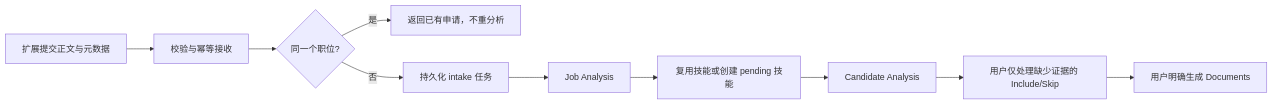
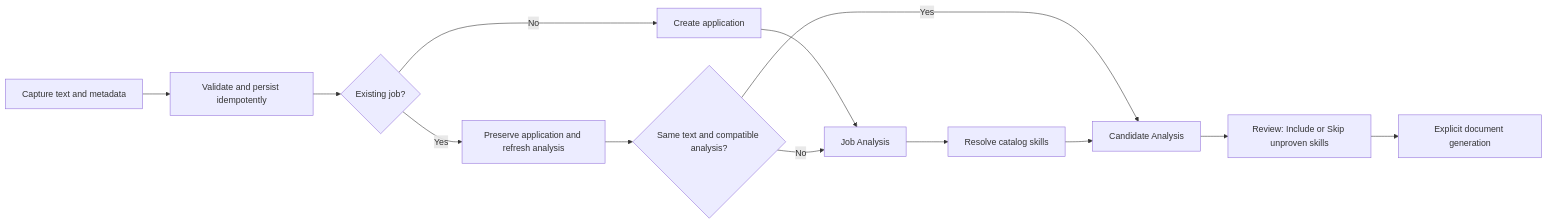
Before and after one commit to swantrace/job-hunting-intaker: the diagram in docs/job-intake-api-plan.md, drawn with Mermaid. The commit also changed other lines of this file and 2 other files, not shown here.

Commit message:
docs: keep extension and intake plans in English

````diff
--- a/docs/job-intake-api-plan.md
+++ b/docs/job-intake-api-plan.md
@@ -13,12 +11,15 @@
 ```mermaid
 flowchart LR
-    A[扩展提交正文与元数据] --> B[校验与幂等接收]
-    B --> C{同一个职位?}
-    C -->|是| D[返回已有申请，不重分析]
-    C -->|否| E[持久化 intake 任务]
-    E --> F[Job Analysis]
-    F --> G[复用技能或创建 pending 技能]
-    G --> H[Candidate Analysis]
-    H --> I[用户仅处理缺少证据的 Include/Skip]
-    I --> J[用户明确生成 Documents]
+    A[Capture text and metadata] --> B[Validate and persist idempotently]
+    B --> C{Existing job?}
+    C -->|No| D[Create application]
+    C -->|Yes| E[Preserve application and refresh analysis]
+    D --> F[Job Analysis]
+    E --> G{Same text and compatible analysis?}
+    G -->|Yes| H[Candidate Analysis]
+    G -->|No| F
+    F --> I[Resolve catalog skills]
+    I --> H
+    H --> J[Review: Include or Skip unproven skills]
+    J --> K[Explicit document generation]
 ```
````
